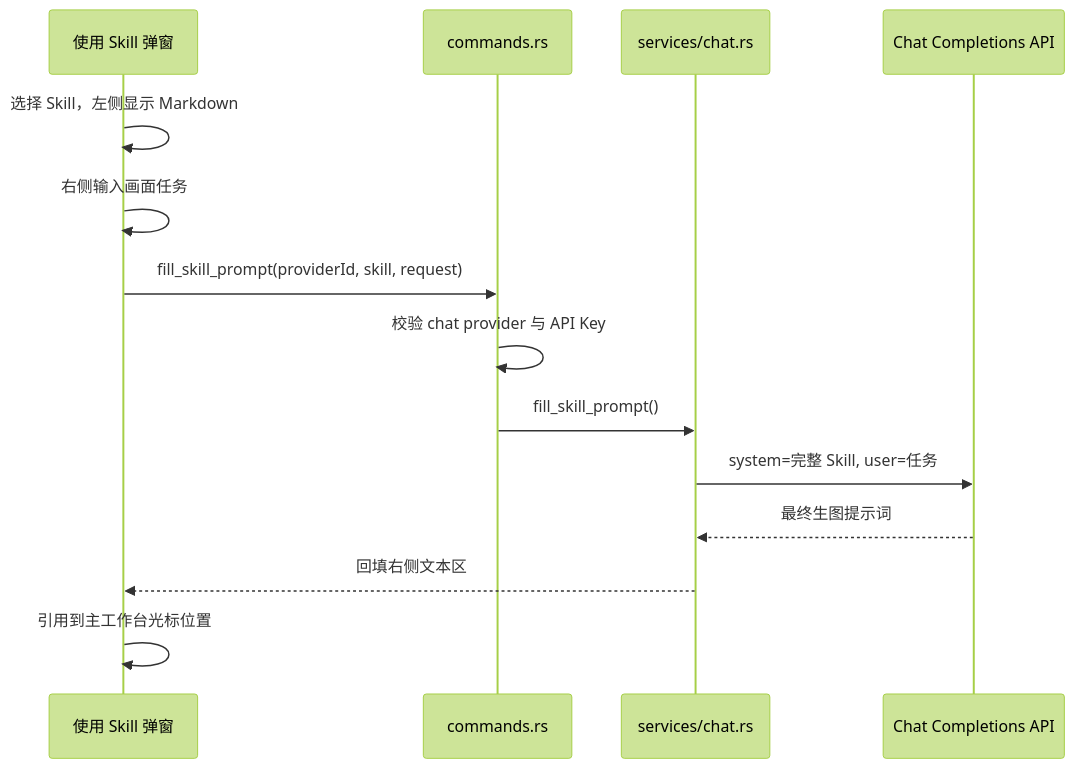
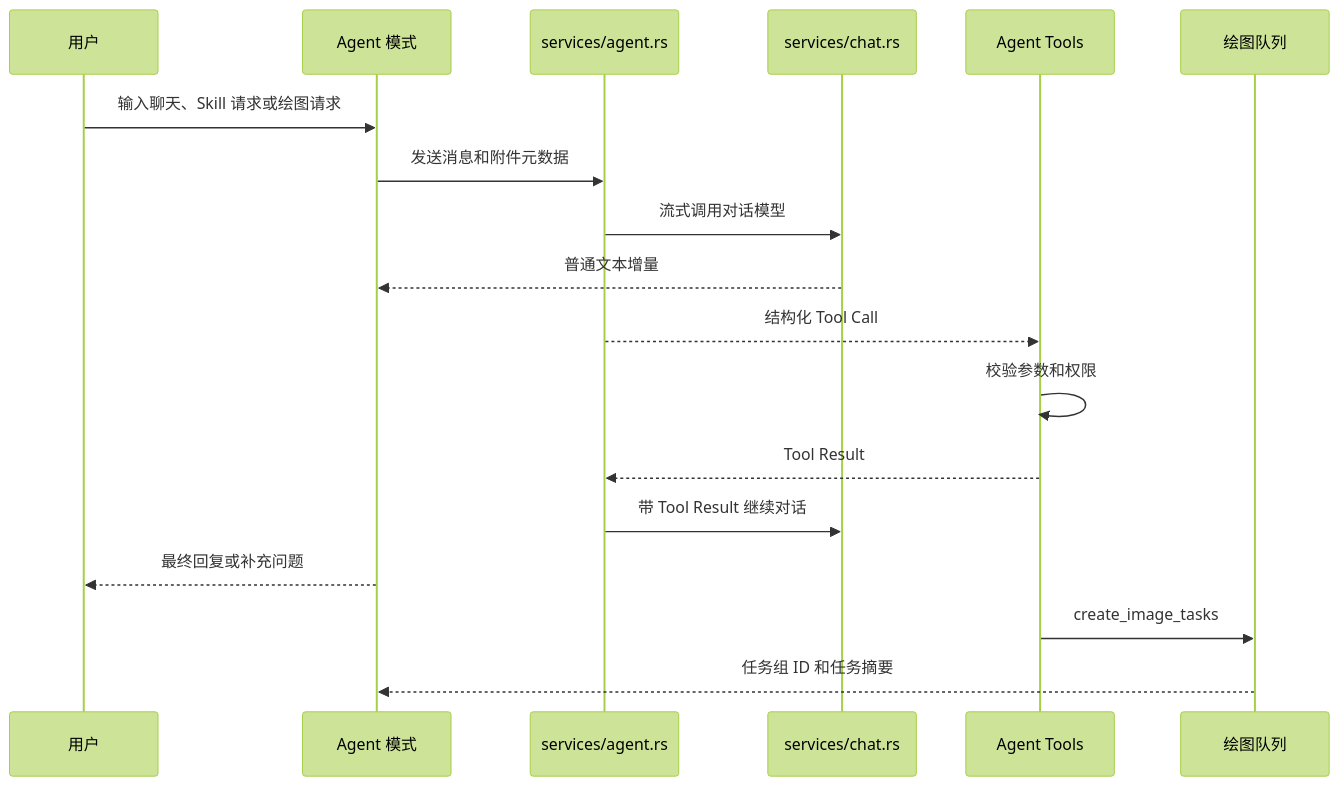
One commit to Tairraos/image-forge changed the fourth of 7 diagrams in docs/technical-design.md. Above: the diagram before and after it, drawn with Mermaid (forest theme). The commit also changed other lines of this file and 4 other files, not shown here.

````diff
--- a/docs/technical-design.md
+++ b/docs/technical-design.md
@@ -265,17 +328,21 @@
 ```mermaid
 sequenceDiagram
-  participant UI as 使用 Skill 弹窗
-  participant Cmd as commands.rs
+  participant User as 用户
+  participant AgentUI as Agent 模式
+  participant Agent as services/agent.rs
   participant Chat as services/chat.rs
-  participant API as Chat Completions API
+  participant Tools as Agent Tools
+  participant Queue as 绘图队列
 
-  UI->>UI: 选择 Skill，左侧显示 Markdown
-  UI->>UI: 右侧输入画面任务
-  UI->>Cmd: fill_skill_prompt(providerId, skill, request)
-  Cmd->>Cmd: 校验 chat provider 与 API Key
-  Cmd->>Chat: fill_skill_prompt()
-  Chat->>API: system=完整 Skill, user=任务
-  API-->>Chat: 最终生图提示词
-  Chat-->>UI: 回填右侧文本区
-  UI->>UI: 引用到主工作台光标位置
+  User->>AgentUI: 输入聊天、Skill 请求或绘图请求
+  AgentUI->>Agent: 发送消息和附件元数据
+  Agent->>Chat: 流式调用对话模型
+  Chat-->>AgentUI: 普通文本增量
+  Agent-->>Tools: 结构化 Tool Call
+  Tools->>Tools: 校验参数和权限
+  Tools-->>Agent: Tool Result
+  Agent->>Chat: 带 Tool Result 继续对话
+  AgentUI-->>User: 最终回复或补充问题
+  Tools->>Queue: create_image_tasks
+  Queue-->>AgentUI: 任务组 ID 和任务摘要
 ```
````
